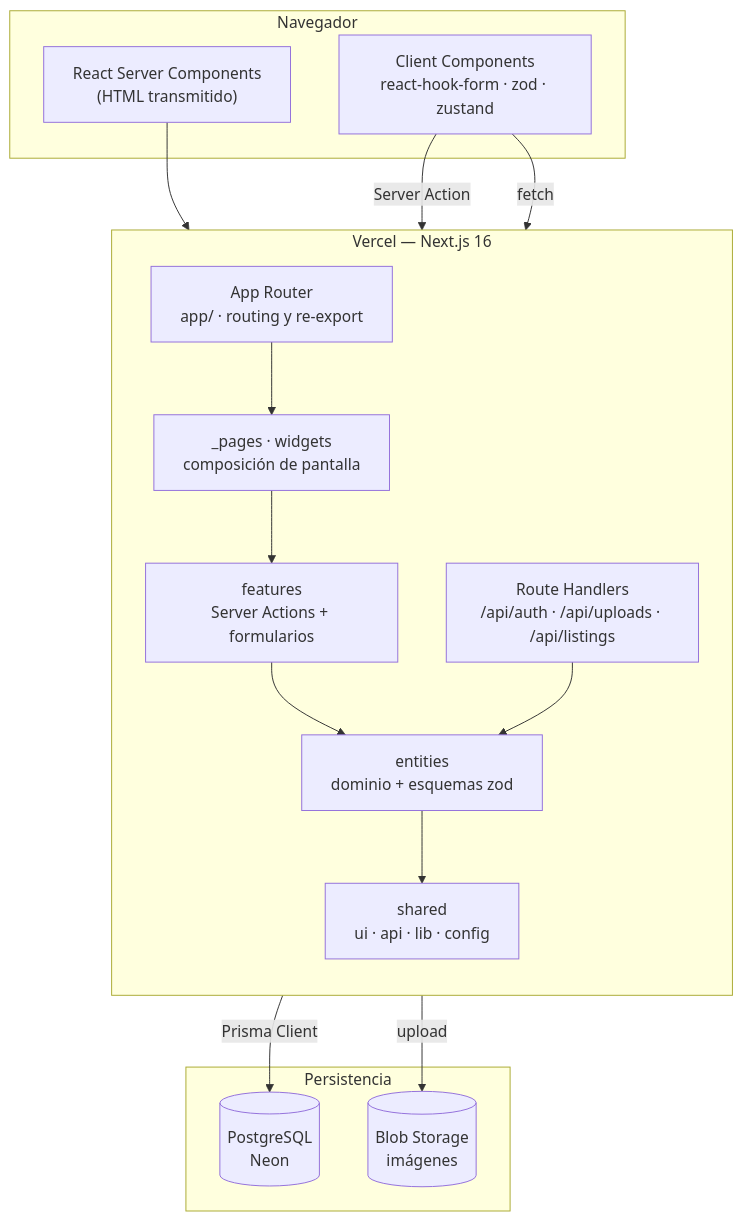
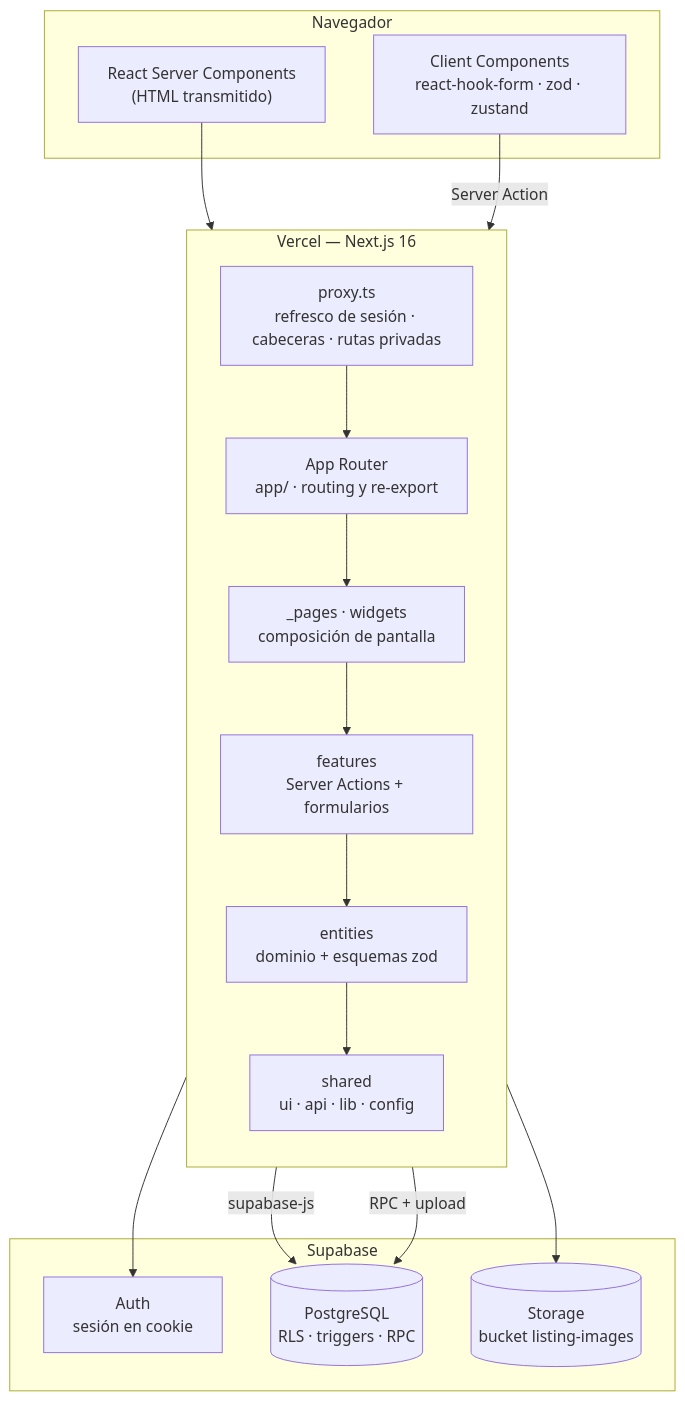
Before and after one commit to lk321/AI4Devs-finalproject: the first of 3 diagrams in readme.md, drawn with Mermaid. The commit also changed other lines of this file and 1 other file, not shown here.

Commit message:
docs: update tech docs for supabase stack

````diff
--- a/readme.md
+++ b/readme.md
@@ -173,30 +190,31 @@
 ```mermaid
 flowchart TB
     subgraph Cliente["Navegador"]
         RSC["React Server Components<br/>(HTML transmitido)"]
         CC["Client Components<br/>react-hook-form · zod · zustand"]
     end
 
     subgraph Vercel["Vercel — Next.js 16"]
         direction TB
+        Proxy["proxy.ts<br/>refresco de sesión · cabeceras · rutas privadas"]
         Router["App Router<br/>app/ · routing y re-export"]
         Pages["_pages · widgets<br/>composición de pantalla"]
         Features["features<br/>Server Actions + formularios"]
         Entities["entities<br/>dominio + esquemas zod"]
         Shared["shared<br/>ui · api · lib · config"]
-        Handlers["Route Handlers<br/>/api/auth · /api/uploads · /api/listings"]
     end
 
-    subgraph Datos["Persistencia"]
-        PG[("PostgreSQL<br/>Neon")]
-        Blob[("Blob Storage<br/>imágenes")]
+    subgraph Supabase["Supabase"]
+        Auth["Auth<br/>sesión en cookie"]
+        PG[("PostgreSQL<br/>RLS · triggers · RPC")]
+        Storage[("Storage<br/>bucket listing-images")]
     end
 
-    RSC --> Router
+    RSC --> Proxy --> Router
     CC -- "Server Action" --> Features
-    CC -- "fetch" --> Handlers
     Router --> Pages --> Features --> Entities --> Shared
-    Handlers --> Entities
-    Entities -- "Prisma Client" --> PG
-    Features -- "upload" --> Blob
+    Proxy --> Auth
+    Entities -- "supabase-js" --> PG
+    Features -- "RPC + upload" --> PG
+    Features --> Storage
 ```
````
